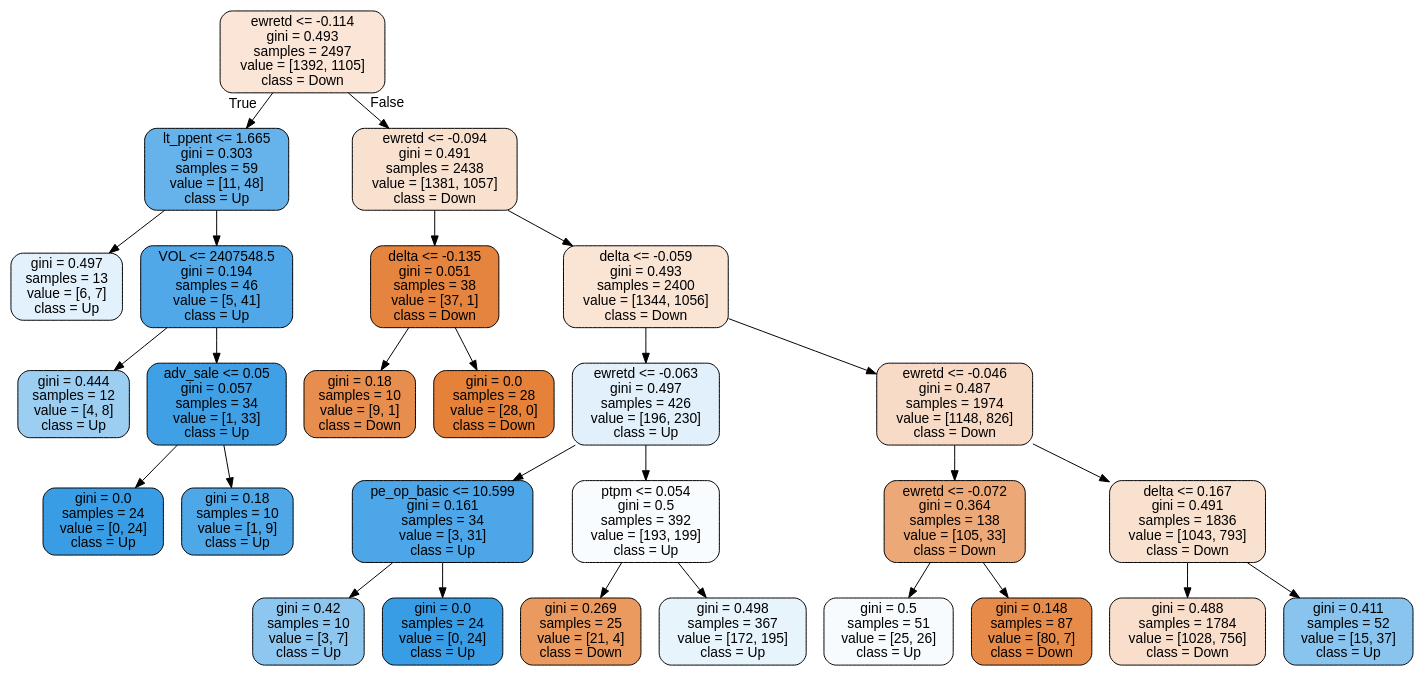
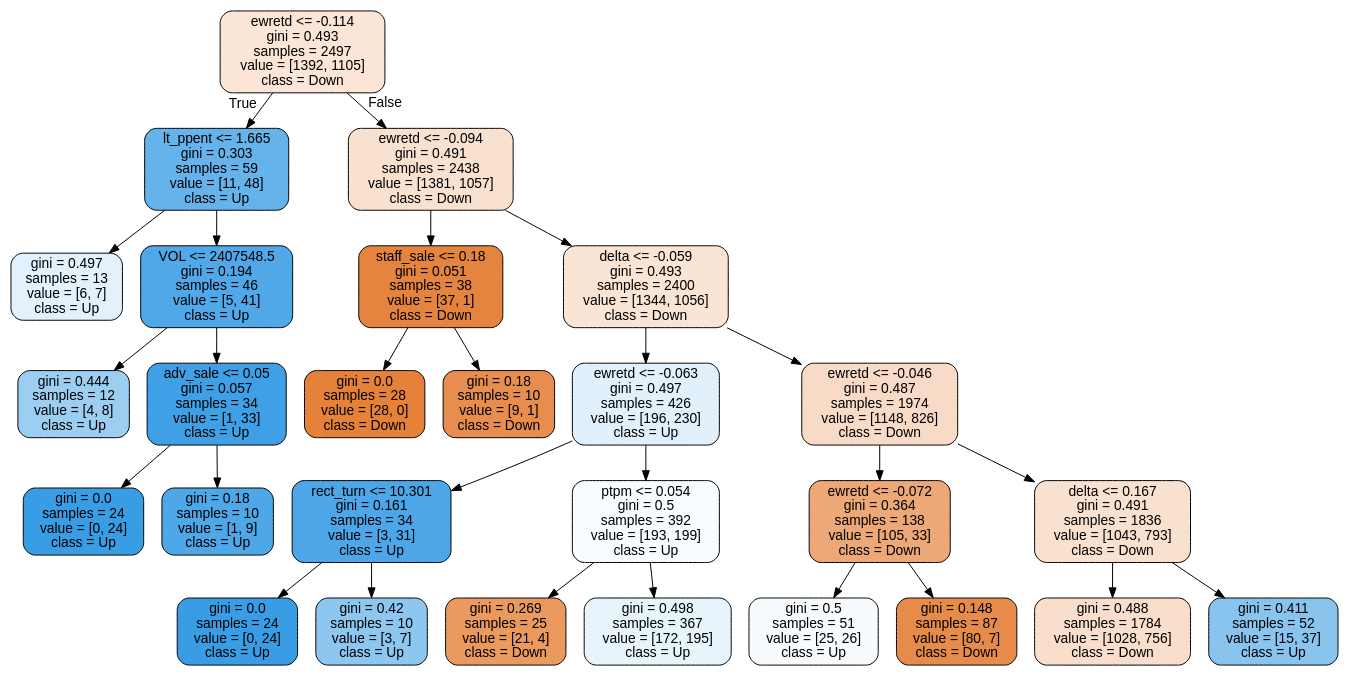
The diagram in tree.dot (bjeffr/Intro_to_Machine_Learning_Group_4), drawn with Graphviz before and after one commit. The commit also changed 3 other files, not shown here.

```diff
--- a/tree.dot
+++ b/tree.dot
@@ -1,57 +1,57 @@
 digraph Tree {
 node [shape=box, style="filled, rounded", color="black", fontname=helvetica] ;
 edge [fontname=helvetica] ;
 0 [label="ewretd <= -0.114\ngini = 0.493\nsamples = 2497\nvalue = [1392, 1105]\nclass = Down", fillcolor="#e5813935"] ;
 1 [label="lt_ppent <= 1.665\ngini = 0.303\nsamples = 59\nvalue = [11, 48]\nclass = Up", fillcolor="#399de5c5"] ;
 0 -> 1 [labeldistance=2.5, labelangle=45, headlabel="True"] ;
 2 [label="gini = 0.497\nsamples = 13\nvalue = [6, 7]\nclass = Up", fillcolor="#399de524"] ;
 1 -> 2 ;
 3 [label="VOL <= 2407548.5\ngini = 0.194\nsamples = 46\nvalue = [5, 41]\nclass = Up", fillcolor="#399de5e0"] ;
 1 -> 3 ;
 4 [label="gini = 0.444\nsamples = 12\nvalue = [4, 8]\nclass = Up", fillcolor="#399de57f"] ;
 3 -> 4 ;
 5 [label="adv_sale <= 0.05\ngini = 0.057\nsamples = 34\nvalue = [1, 33]\nclass = Up", fillcolor="#399de5f7"] ;
 3 -> 5 ;
 6 [label="gini = 0.0\nsamples = 24\nvalue = [0, 24]\nclass = Up", fillcolor="#399de5ff"] ;
 5 -> 6 ;
 7 [label="gini = 0.18\nsamples = 10\nvalue = [1, 9]\nclass = Up", fillcolor="#399de5e3"] ;
 5 -> 7 ;
 8 [label="ewretd <= -0.094\ngini = 0.491\nsamples = 2438\nvalue = [1381, 1057]\nclass = Down", fillcolor="#e581393c"] ;
 0 -> 8 [labeldistance=2.5, labelangle=-45, headlabel="False"] ;
-9 [label="delta <= -0.135\ngini = 0.051\nsamples = 38\nvalue = [37, 1]\nclass = Down", fillcolor="#e58139f8"] ;
+9 [label="staff_sale <= 0.18\ngini = 0.051\nsamples = 38\nvalue = [37, 1]\nclass = Down", fillcolor="#e58139f8"] ;
 8 -> 9 ;
-10 [label="gini = 0.18\nsamples = 10\nvalue = [9, 1]\nclass = Down", fillcolor="#e58139e3"] ;
+10 [label="gini = 0.0\nsamples = 28\nvalue = [28, 0]\nclass = Down", fillcolor="#e58139ff"] ;
 9 -> 10 ;
-11 [label="gini = 0.0\nsamples = 28\nvalue = [28, 0]\nclass = Down", fillcolor="#e58139ff"] ;
+11 [label="gini = 0.18\nsamples = 10\nvalue = [9, 1]\nclass = Down", fillcolor="#e58139e3"] ;
 9 -> 11 ;
 12 [label="delta <= -0.059\ngini = 0.493\nsamples = 2400\nvalue = [1344, 1056]\nclass = Down", fillcolor="#e5813937"] ;
 8 -> 12 ;
 13 [label="ewretd <= -0.063\ngini = 0.497\nsamples = 426\nvalue = [196, 230]\nclass = Up", fillcolor="#399de526"] ;
 12 -> 13 ;
-14 [label="pe_op_basic <= 10.599\ngini = 0.161\nsamples = 34\nvalue = [3, 31]\nclass = Up", fillcolor="#399de5e6"] ;
+14 [label="rect_turn <= 10.301\ngini = 0.161\nsamples = 34\nvalue = [3, 31]\nclass = Up", fillcolor="#399de5e6"] ;
 13 -> 14 ;
-15 [label="gini = 0.42\nsamples = 10\nvalue = [3, 7]\nclass = Up", fillcolor="#399de592"] ;
+15 [label="gini = 0.0\nsamples = 24\nvalue = [0, 24]\nclass = Up", fillcolor="#399de5ff"] ;
 14 -> 15 ;
-16 [label="gini = 0.0\nsamples = 24\nvalue = [0, 24]\nclass = Up", fillcolor="#399de5ff"] ;
+16 [label="gini = 0.42\nsamples = 10\nvalue = [3, 7]\nclass = Up", fillcolor="#399de592"] ;
 14 -> 16 ;
 17 [label="ptpm <= 0.054\ngini = 0.5\nsamples = 392\nvalue = [193, 199]\nclass = Up", fillcolor="#399de508"] ;
 13 -> 17 ;
 18 [label="gini = 0.269\nsamples = 25\nvalue = [21, 4]\nclass = Down", fillcolor="#e58139ce"] ;
 17 -> 18 ;
 19 [label="gini = 0.498\nsamples = 367\nvalue = [172, 195]\nclass = Up", fillcolor="#399de51e"] ;
 17 -> 19 ;
 20 [label="ewretd <= -0.046\ngini = 0.487\nsamples = 1974\nvalue = [1148, 826]\nclass = Down", fillcolor="#e5813948"] ;
 12 -> 20 ;
 21 [label="ewretd <= -0.072\ngini = 0.364\nsamples = 138\nvalue = [105, 33]\nclass = Down", fillcolor="#e58139af"] ;
 20 -> 21 ;
 22 [label="gini = 0.5\nsamples = 51\nvalue = [25, 26]\nclass = Up", fillcolor="#399de50a"] ;
 21 -> 22 ;
 23 [label="gini = 0.148\nsamples = 87\nvalue = [80, 7]\nclass = Down", fillcolor="#e58139e9"] ;
 21 -> 23 ;
 24 [label="delta <= 0.167\ngini = 0.491\nsamples = 1836\nvalue = [1043, 793]\nclass = Down", fillcolor="#e581393d"] ;
 20 -> 24 ;
 25 [label="gini = 0.488\nsamples = 1784\nvalue = [1028, 756]\nclass = Down", fillcolor="#e5813943"] ;
 24 -> 25 ;
 26 [label="gini = 0.411\nsamples = 52\nvalue = [15, 37]\nclass = Up", fillcolor="#399de598"] ;
 24 -> 26 ;
 }
```
